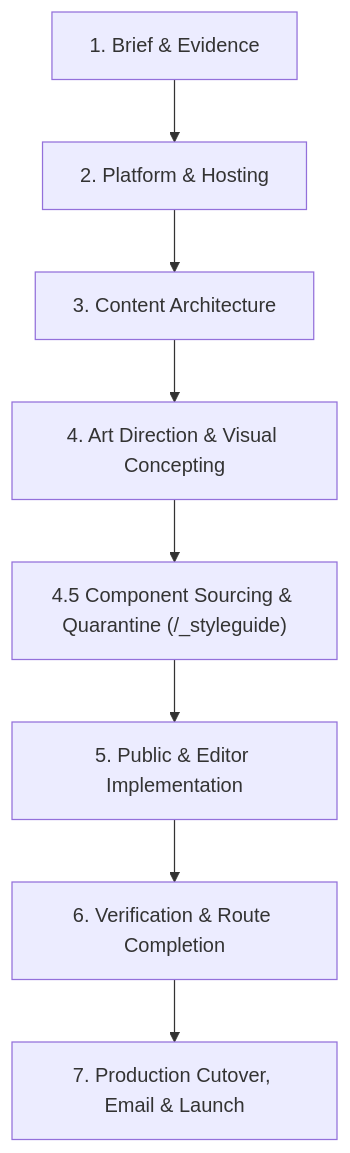
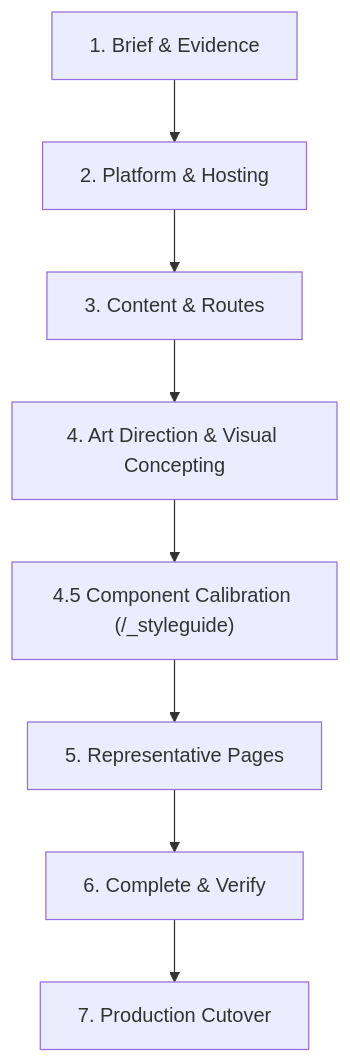
The diagram in docs/site-delivery-workflow.md (Vermeulen-Solutions/baseline), drawn with Mermaid before and after one commit. The commit also changed other lines of this file and 15 other files, not shown here.

````diff
--- a/docs/site-delivery-workflow.md
+++ b/docs/site-delivery-workflow.md
@@ -22,10 +22,10 @@
 ```mermaid
 flowchart TD
     S1["1. Brief & Evidence"] --> S2["2. Platform & Hosting"]
-    S2 --> S3["3. Content Architecture"]
+    S2 --> S3["3. Content & Routes"]
     S3 --> S4["4. Art Direction & Visual Concepting"]
-    S4 --> S45["4.5 Component Sourcing & Quarantine (/_styleguide)"]
-    S45 --> S5["5. Public & Editor Implementation"]
-    S5 --> S6["6. Verification & Route Completion"]
-    S6 --> S7["7. Production Cutover, Email & Launch"]
+    S4 --> S45["4.5 Component Calibration (/_styleguide)"]
+    S45 --> S5["5. Representative Pages"]
+    S5 --> S6["6. Complete & Verify"]
+    S6 --> S7["7. Production Cutover"]
 ```
````
